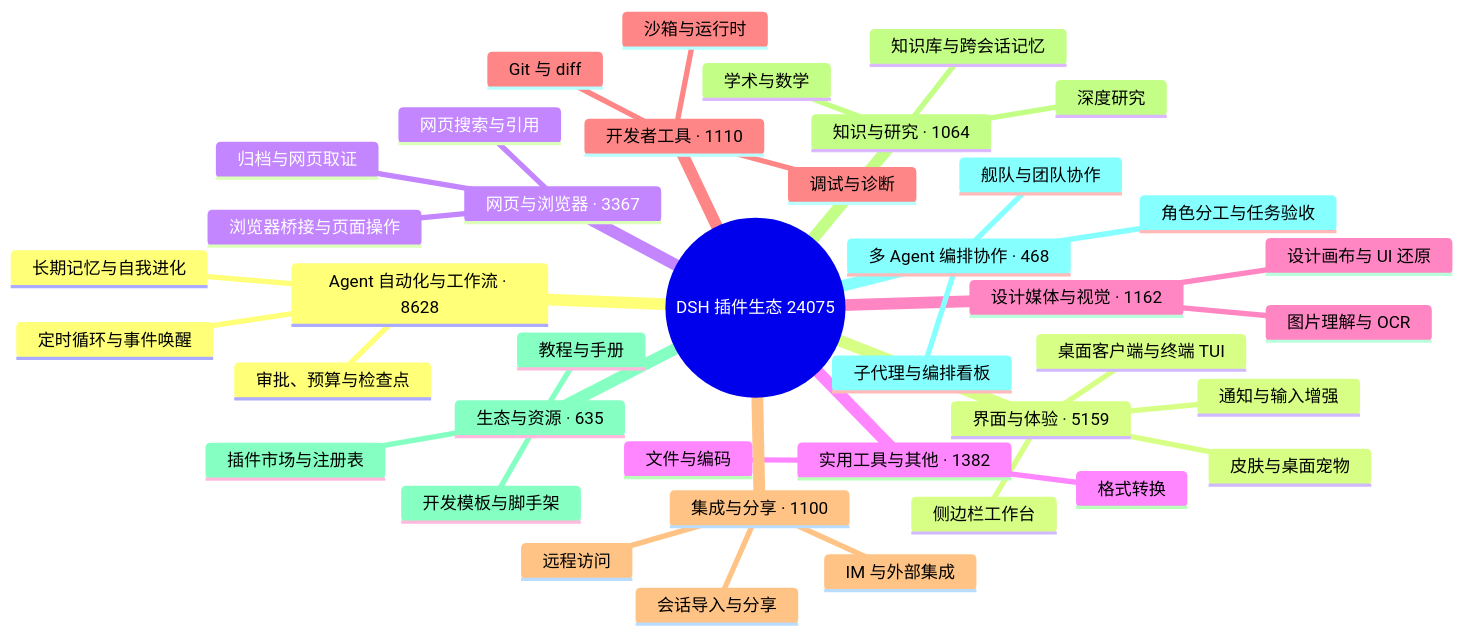
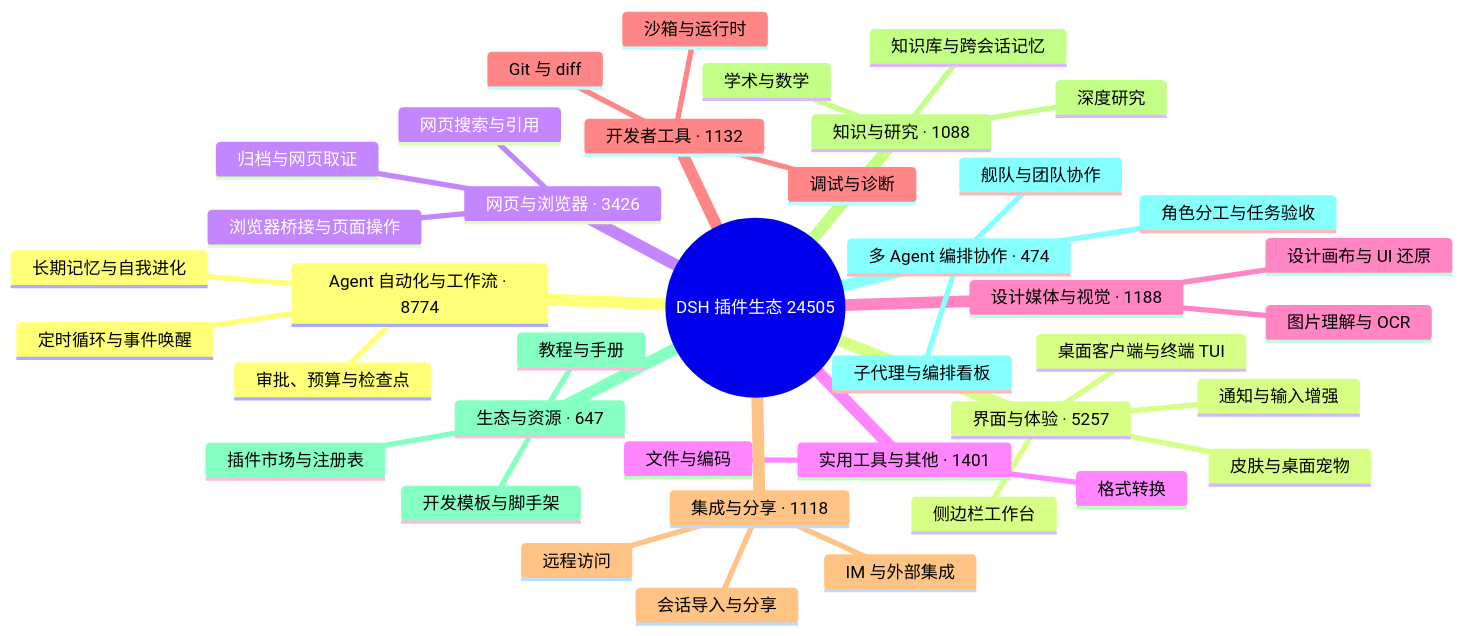
Before and after one commit to bruc3van/awesome-dsh-plugin: the diagram in README.md, drawn with Mermaid. The commit also changed other lines of this file and 28 other files, not shown here.

````diff
--- a/README.md
+++ b/README.md
@@ -32,43 +32,43 @@
 ```mermaid
 mindmap
-  root((DSH 插件生态 24075))
-    Agent 自动化与工作流 · 8628
+  root((DSH 插件生态 24505))
+    Agent 自动化与工作流 · 8774
       定时循环与事件唤醒
       长期记忆与自我进化
       审批、预算与检查点
-    界面与体验 · 5159
+    界面与体验 · 5257
       桌面客户端与终端 TUI
       侧边栏工作台
       皮肤与桌面宠物
       通知与输入增强
-    网页与浏览器 · 3367
+    网页与浏览器 · 3426
       浏览器桥接与页面操作
       网页搜索与引用
       归档与网页取证
-    实用工具与其他 · 1382
+    实用工具与其他 · 1401
       文件与编码
       格式转换
-    设计媒体与视觉 · 1162
+    设计媒体与视觉 · 1188
       图片理解与 OCR
       设计画布与 UI 还原
-    开发者工具 · 1110
+    开发者工具 · 1132
       Git 与 diff
       沙箱与运行时
       调试与诊断
-    集成与分享 · 1100
+    集成与分享 · 1118
       会话导入与分享
       远程访问
       IM 与外部集成
-    知识与研究 · 1064
+    知识与研究 · 1088
       知识库与跨会话记忆
       深度研究
       学术与数学
-    生态与资源 · 635
+    生态与资源 · 647
       插件市场与注册表
       开发模板与脚手架
       教程与手册
-    多 Agent 编排协作 · 468
+    多 Agent 编排协作 · 474
       子代理与编排看板
       舰队与团队协作
       角色分工与任务验收
 ```
````
